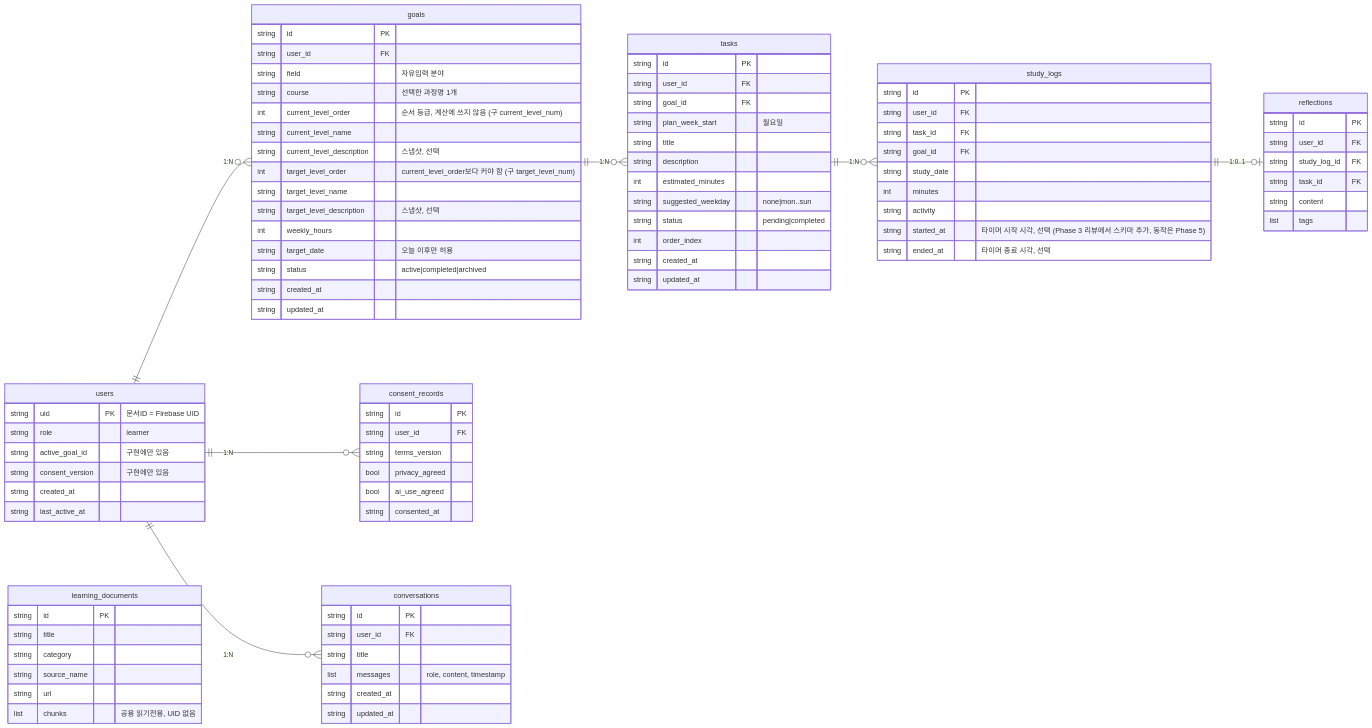
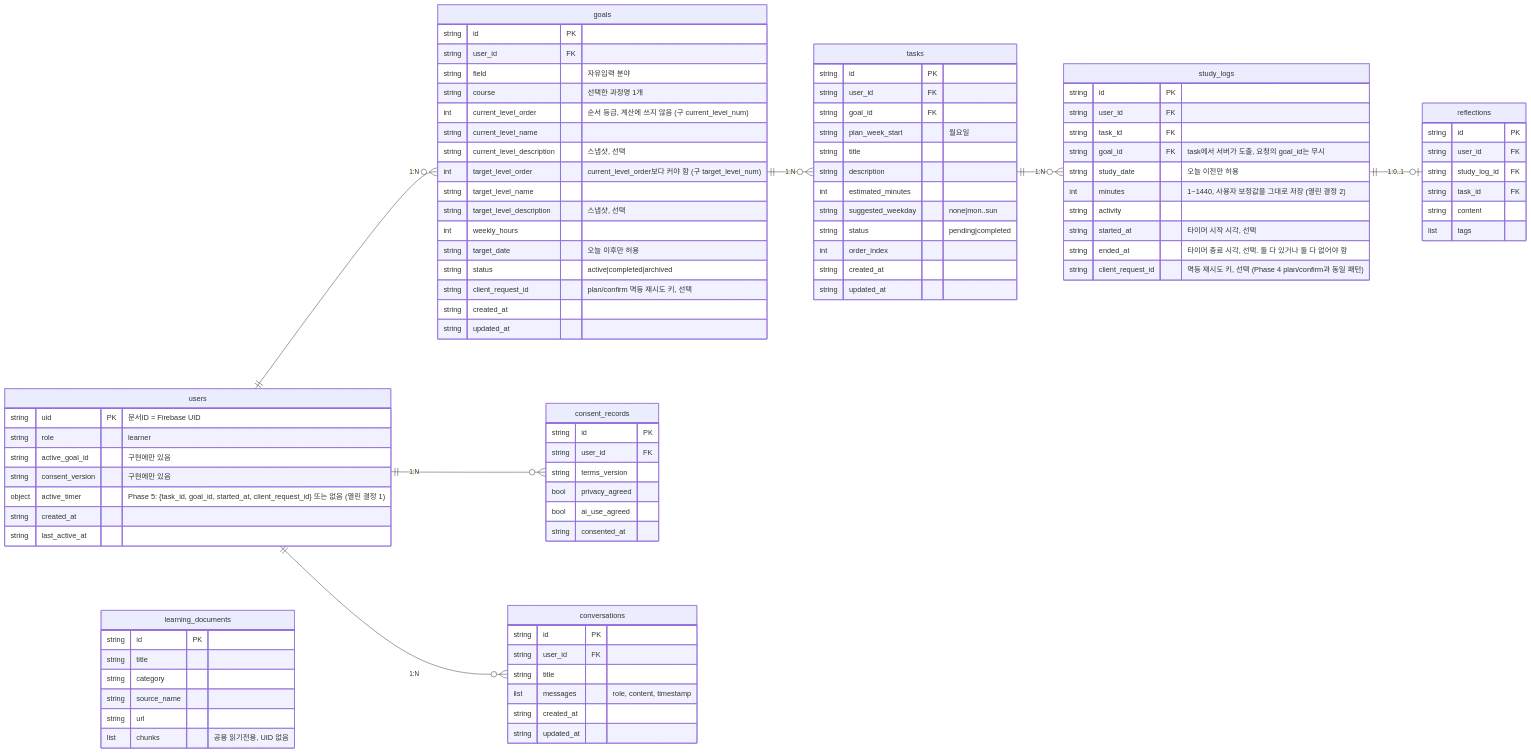
Before and after one commit to yong05610/ai-n-fprj: the diagram in docs/erd_current.md, drawn with Mermaid. The commit also changed other lines of this file and 12 other files, not shown here.

First line of the commit message:
feat(exec): implement Phase 5 study logs, timer, and dashboard summary

```diff
--- a/docs/erd_current.md
+++ b/docs/erd_current.md
@@ -21,6 +21,7 @@
         string role "learner"
         string active_goal_id "구현에만 있음"
         string consent_version "구현에만 있음"
+        object active_timer "Phase 5: {task_id, goal_id, started_at, client_request_id} 또는 없음 (열린 결정 1)"
         string created_at
         string last_active_at
     }
@@ -46,6 +47,7 @@
         int weekly_hours
         string target_date "오늘 이후만 허용"
         string status "active|completed|archived"
+        string client_request_id "plan/confirm 멱등 재시도 키, 선택"
         string created_at
         string updated_at
     }
@@ -67,12 +69,13 @@
         string id PK
         string user_id FK
         string task_id FK
-        string goal_id FK
-        string study_date
-        int minutes
+        string goal_id FK "task에서 서버가 도출, 요청의 goal_id는 무시"
+        string study_date "오늘 이전만 허용"
+        int minutes "1~1440, 사용자 보정값을 그대로 저장 (열린 결정 2)"
         string activity
-        string started_at "타이머 시작 시각, 선택 (Phase 3 리뷰에서 스키마 추가, 동작은 Phase 5)"
-        string ended_at "타이머 종료 시각, 선택"
+        string started_at "타이머 시작 시각, 선택"
+        string ended_at "타이머 종료 시각, 선택. 둘 다 있거나 둘 다 없어야 함"
+        string client_request_id "멱등 재시도 키, 선택 (Phase 4 plan/confirm과 동일 패턴)"
     }
     reflections {
         string id PK
```
